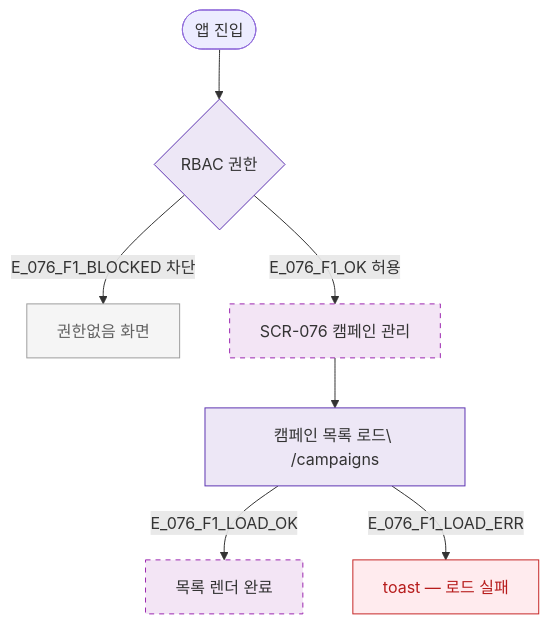
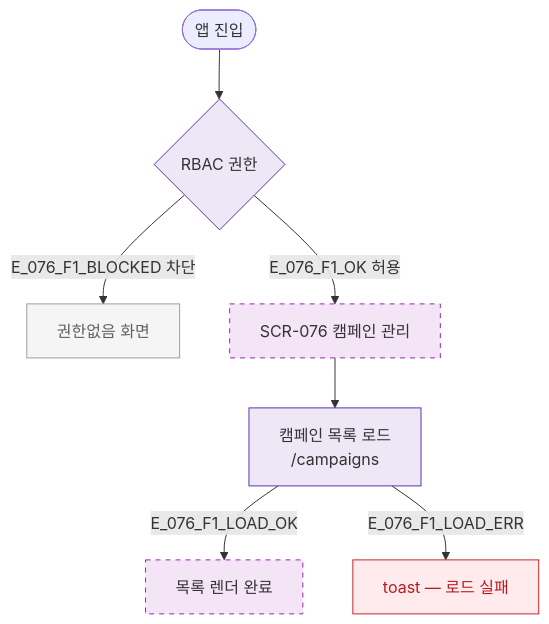
The diagram in docs/admin/다이어그램/D08_마케팅/SCR-076_캠페인관리/F1_진입플로우.md (dev-spogym/admin-pando), drawn with Mermaid before and after one commit. The commit also changed 369 other files, not shown here.

````diff
--- a/docs/admin/다이어그램/D08_마케팅/SCR-076_캠페인관리/F1_진입플로우.md
+++ b/docs/admin/다이어그램/D08_마케팅/SCR-076_캠페인관리/F1_진입플로우.md
@@ -12,20 +12,20 @@
 ```mermaid
 flowchart TD
   START([앱 진입]) --> AUTH{RBAC 권한}
   AUTH -->|E_076_F1_BLOCKED 차단|BLOCKED[권한없음 화면]
   AUTH -->|E_076_F1_OK 허용|SCR_076[SCR-076 캠페인 관리]
 
-  SCR_076 --> LOAD[캠페인 목록 로드\ /campaigns]
+  SCR_076 --> LOAD[캠페인 목록 로드<br/> /campaigns]
   LOAD -->|E_076_F1_LOAD_OK|READY[목록 렌더 완료]
   LOAD -->|E_076_F1_LOAD_ERR|ERR[toast — 로드 실패]
 
   classDef newFeature fill:#F3E5F5,stroke:#9C27B0,stroke-dasharray:5 5
   classDef error fill:#FFEBEE,stroke:#C62828,color:#B71C1C
   classDef rbacBlocked fill:#F5F5F5,stroke:#9E9E9E,color:#616161
   classDef system fill:#EDE7F6,stroke:#5E35B2
 
   class SCR_076,READY newFeature
   class BLOCKED rbacBlocked
   class ERR error
   class AUTH,LOAD system
 ```
````
